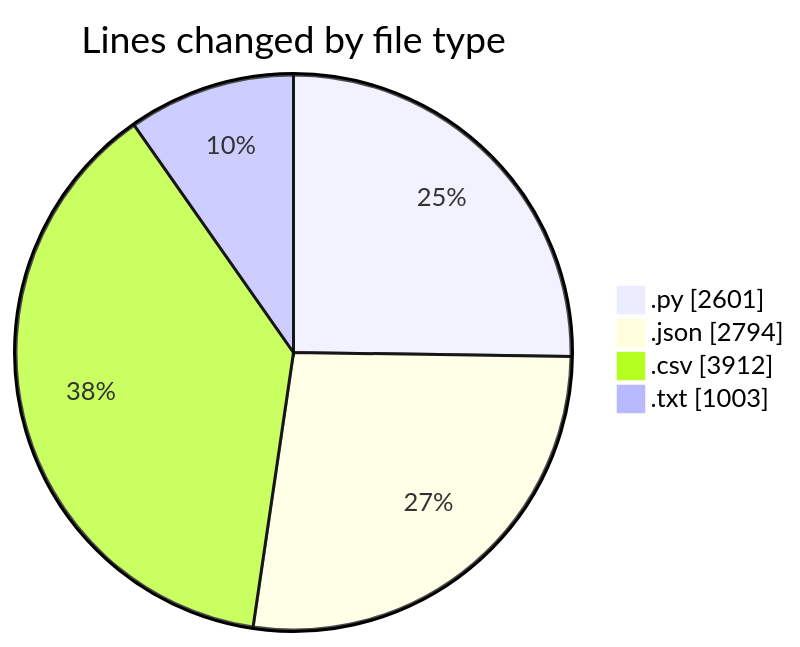
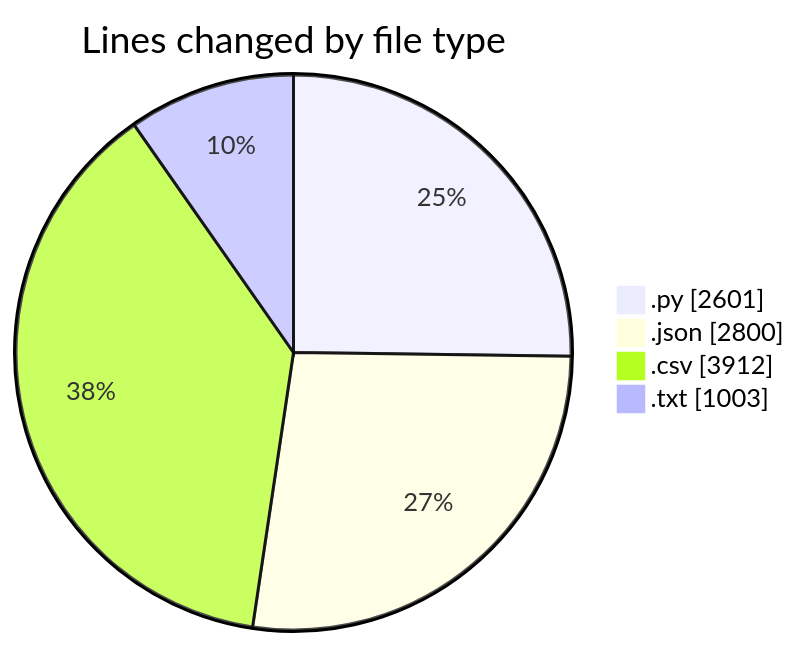
One commit to EIIisD/code-tracking changed the first of 2 diagrams in 2025-07-28/refunds/README.md. Above: the diagram before and after it, drawn with Mermaid. The commit also changed other lines of this file and 1 other file, not shown here.

````diff
--- a/2025-07-28/refunds/README.md
+++ b/2025-07-28/refunds/README.md
@@ -29,8 +29,8 @@
 ```mermaid
 pie showData
 title Lines changed by file type
 ".py" : 2601
-".json" : 2794
+".json" : 2800
 ".csv" : 3912
 ".txt" : 1003
 ```
````
